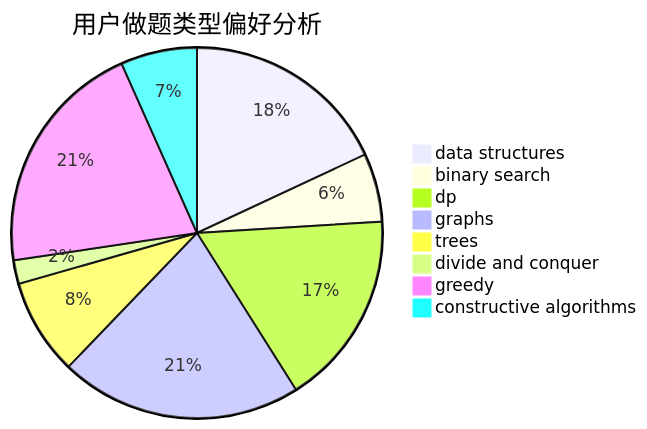
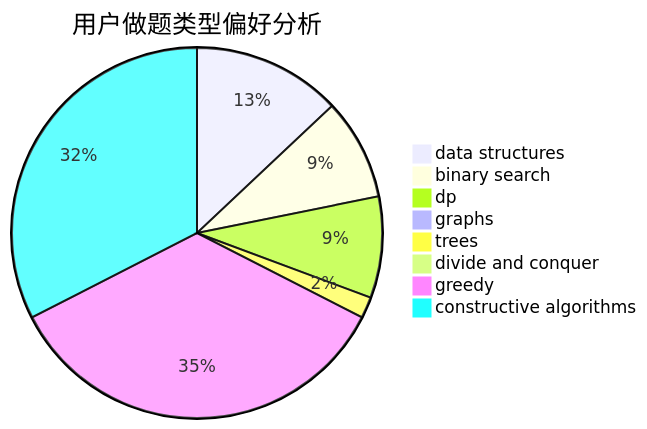
One commit to sherpahu/cfrs.github.io changed the second of 3 diagrams in docs/user/u1279.md. Above: the diagram before and after it, drawn with Mermaid. The commit also changed other lines of this file and 2770 other files, not shown here.

````diff
--- a/docs/user/u1279.md
+++ b/docs/user/u1279.md
@@ -23,11 +23,11 @@
 ```mermaid
 pie title 用户做题类型偏好分析
-    "data structures" :  157
-    "binary search" :  52
-    "dp" :  148
-    "graphs" :  184
-    "trees" :  73
-    "divide and conquer" :  18
-    "greedy" :  180
-    "constructive algorithms" :  58
+    "data structures" :  91
+    "binary search" :  62
+    "dp" :  62
+    "graphs" :  2
+    "trees" :  13
+    "divide and conquer" :  0
+    "greedy" :  245
+    "constructive algorithms" :  228
 ```
````
